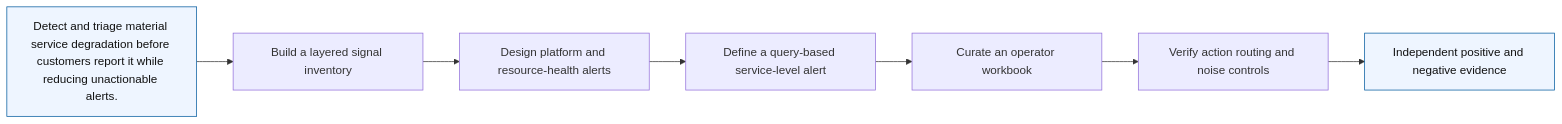
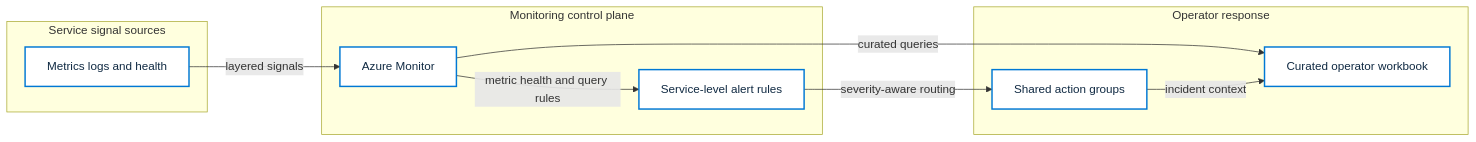
One commit to Jamonygr/Azure-Solutions-Architect-Expert changed the diagram in labs/02-monitoring-alerts-visibility/diagrams/architecture.mmd. Above: the diagram before and after it, drawn with Mermaid. The commit also changed 144 other files, not shown here.

```diff
--- a/labs/02-monitoring-alerts-visibility/diagrams/architecture.mmd
+++ b/labs/02-monitoring-alerts-visibility/diagrams/architecture.mmd
@@ -1,12 +1,21 @@
 %% BEGIN GENERATED AZ305 V1
 flowchart LR
-    R["Detect and triage material service degradation before customers report it while reducing unactionable alerts."]
-    R --> C1["Build a layered signal inventory"]
-    C1 --> C2["Design platform and resource-health alerts"]
-    C2 --> C3["Define a query-based service-level alert"]
-    C3 --> C4["Curate an operator workbook"]
-    C4 --> C5["Verify action routing and noise controls"]
-    C5 --> E["Independent positive and negative evidence"]
-    classDef boundary fill:#eef5ff,stroke:#005a9e,color:#111
-    class R,E boundary
+    subgraph B_service_signals["Service signal sources"]
+        N_telemetry["Metrics logs and health"]
+    end
+    subgraph B_monitoring_control["Monitoring control plane"]
+        N_monitor["Azure Monitor"]
+        N_alert["Service-level alert rules"]
+    end
+    subgraph B_response["Operator response"]
+        N_action["Shared action groups"]
+        N_workbook["Curated operator workbook"]
+    end
+    N_telemetry -->|"layered signals"| N_monitor
+    N_monitor -->|"metric health and query rules"| N_alert
+    N_alert -->|"severity-aware routing"| N_action
+    N_monitor -->|"curated queries"| N_workbook
+    N_action -->|"incident context"| N_workbook
+    classDef service fill:#ffffff,stroke:#0078d4,color:#102a43,stroke-width:2px
+    class N_telemetry,N_monitor,N_alert,N_action,N_workbook service
 %% END GENERATED AZ305 V1
```
